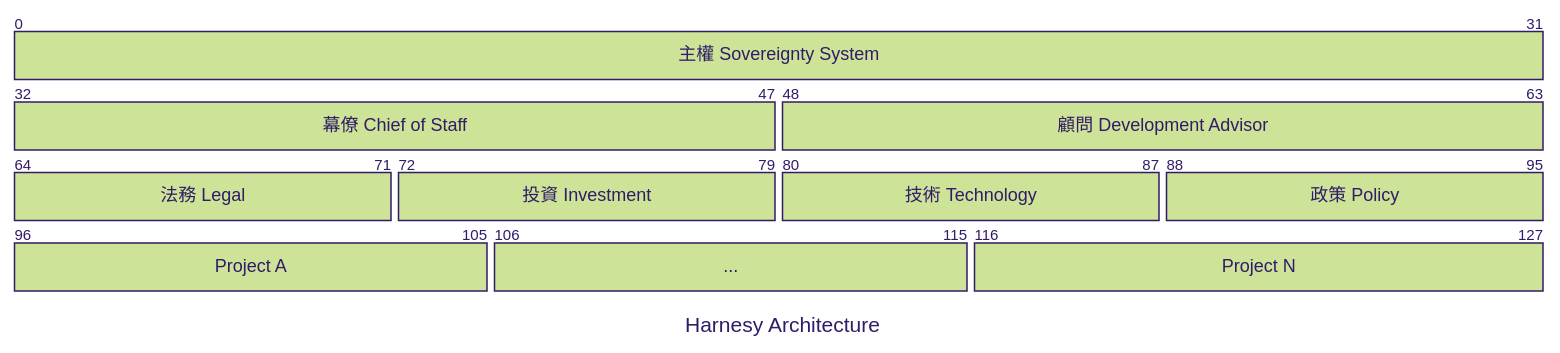
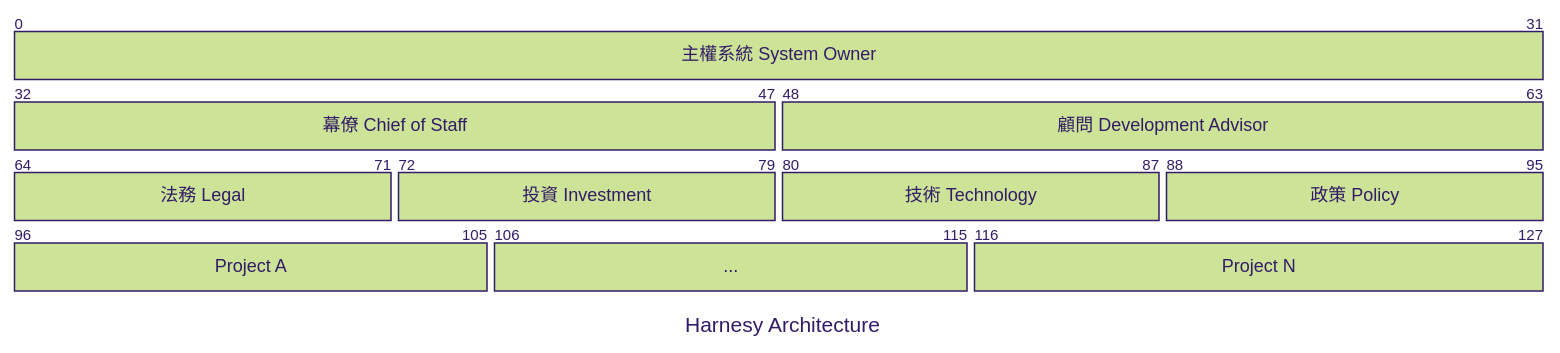
The third of 3 diagrams in profile/README.md (MarkovChenITRI/.github), drawn with Mermaid (forest theme) before and after one commit.

````diff
--- a/profile/README.md
+++ b/profile/README.md
@@ -105,16 +105,16 @@
 ```mermaid
 ---
 title: Harnesy Architecture
 ---
 packet
-0-31: "主權 Sovereignty System"
+0-31: "主權系統 System Owner"
 32-47: "幕僚 Chief of Staff"
 48-63: "顧問 Development Advisor"
 64-71: "法務 Legal"
 72-79: "投資 Investment"
 80-87: "技術 Technology"
 88-95: "政策 Policy"
 96-105: "Project A"
 106-115: "..."
 116-127: "Project N"
 ```
````
